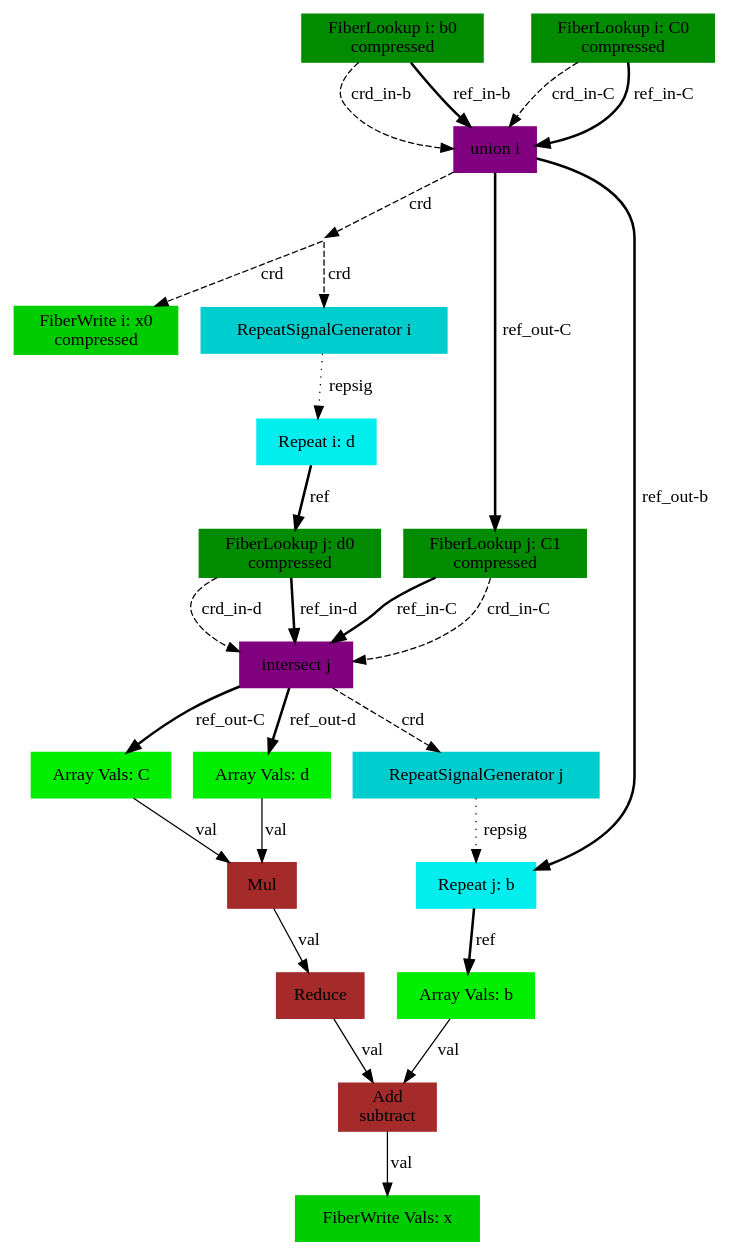
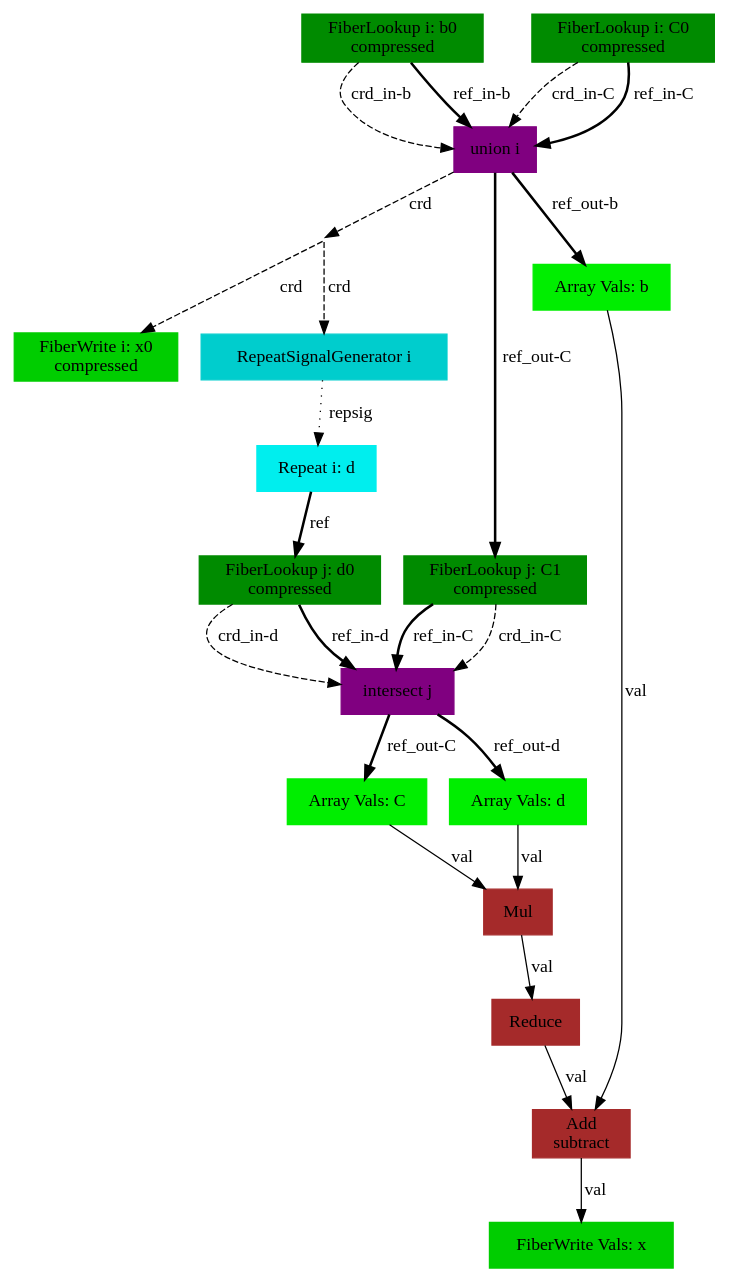
One commit to weiya711/sam changed the diagram in compiler/sam-outputs/dot/mat_residual.gv. Above: the diagram before and after it, drawn with Graphviz.

Commit message:
Add in residual fix for iteration space

```diff
--- a/compiler/sam-outputs/dot/mat_residual.gv
+++ b/compiler/sam-outputs/dot/mat_residual.gv
@@ -1,49 +1,44 @@
 digraph SAM {
     comment="x=s0,b=s0,C=ss01,d=s0"
     17 [comment="type=fiberlookup,index=i,tensor=b,mode=0,format=compressed,src=true,root=true" label="FiberLookup i: b0\ncompressed" color=green4 shape=box style=filled type="fiberlookup" index="i" tensor="b" mode="0" format="compressed" src="true" root="true"]
     16 [comment="type=union,index=i" label="union i" color=purple shape=box style=filled type="union" index="i"]
     15 [comment="type=broadcast" shape=point style=invis type="broadcast"]
     1 [comment="type=fiberwrite,index=i,tensor=x,mode=0,format=compressed,segsize=2,crdsize=b0_dim,sink=true" label="FiberWrite i: x0\ncompressed" color=green3 shape=box style=filled type="fiberwrite" index="i" tensor="x" mode="0" format="compressed" segsize="2" crdsize="b0_dim" sink="true"]
     14 [comment="type=repsiggen,index=i" label="RepeatSignalGenerator i" color=cyan3 shape=box style=filled type="repsiggen" index="i"]
     13 [comment="type=repeat,index=i,tensor=d,root=true" label="Repeat i: d" color=cyan2 shape=box style=filled type="repeat" index="i" tensor="d" root="true"]
     12 [comment="type=fiberlookup,index=j,tensor=d,mode=0,format=compressed,src=true,root=false" label="FiberLookup j: d0\ncompressed" color=green4 shape=box style=filled type="fiberlookup" index="j" tensor="d" mode="0" format="compressed" src="true" root="false"]
     10 [comment="type=intersect,index=j" label="intersect j" color=purple shape=box style=filled type="intersect" index="j"]
-    9 [comment="type=repsiggen,index=j" label="RepeatSignalGenerator j" color=cyan3 shape=box style=filled type="repsiggen" index="j"]
-    8 [comment="type=repeat,index=j,tensor=b,root=false" label="Repeat j: b" color=cyan2 shape=box style=filled type="repeat" index="j" tensor="b" root="false"]
     4 [comment="type=arrayvals,tensor=b" label="Array Vals: b" color=green2 shape=box style=filled type="arrayvals" tensor="b"]
     3 [comment="type=add,sub=1" label="Add
 subtract" color=brown shape=box style=filled type="add" sub="1"]
     2 [comment="type=reduce" label="Reduce" color=brown shape=box style=filled type="reduce"]
     0 [comment="type=fiberwrite,mode=vals,tensor=x,size=1*b0_dim,sink=true" label="FiberWrite Vals: x" color=green3 shape=box style=filled type="fiberwrite" tensor="x" mode="vals" size="1*b0_dim" sink="true"]
     6 [comment="type=arrayvals,tensor=C" label="Array Vals: C" color=green2 shape=box style=filled type="arrayvals" tensor="C"]
     5 [comment="type=mul" label="Mul" color=brown shape=box style=filled type="mul"]
     7 [comment="type=arrayvals,tensor=d" label="Array Vals: d" color=green2 shape=box style=filled type="arrayvals" tensor="d"]
     11 [comment="type=fiberlookup,index=j,tensor=C,mode=1,format=compressed,src=true,root=false" label="FiberLookup j: C1\ncompressed" color=green4 shape=box style=filled type="fiberlookup" index="j" tensor="C" mode="1" format="compressed" src="true" root="false"]
     18 [comment="type=fiberlookup,index=i,tensor=C,mode=0,format=compressed,src=true,root=true" label="FiberLookup i: C0\ncompressed" color=green4 shape=box style=filled type="fiberlookup" index="i" tensor="C" mode="0" format="compressed" src="true" root="true"]
     17 -> 16 [label="crd_in-b" style=dashed type="crd" comment="in-b"]
     16 -> 15 [label="crd" style=dashed type="crd"]
     15 -> 1 [label="crd" style=dashed type="crd"]
     15 -> 14 [label="crd" style=dashed type="crd"]
     14 -> 13 [label="repsig" style=dotted type="repsig"]
     13 -> 12 [label="ref" style=bold type="ref"]
     12 -> 10 [label="crd_in-d" style=dashed type="crd" comment="in-d"]
-    10 -> 9 [label="crd" style=dashed type="crd"]
-    9 -> 8 [label="repsig" style=dotted type="repsig"]
-    8 -> 4 [label="ref" style=bold type="ref"]
     4 -> 3 [label="val" type="val"]
     3 -> 0 [label="val" type="val"]
     2 -> 3 [label="val" type="val"]
     10 -> 6 [label="ref_out-C" style=bold type="ref" comment="out-C"]
     6 -> 5 [label="val" type="val"]
     5 -> 2 [label="val" type="val"]
     10 -> 7 [label="ref_out-d" style=bold type="ref" comment="out-d"]
     7 -> 5 [label="val" type="val"]
     12 -> 10 [label="ref_in-d" style=bold type="ref" comment="in-d"]
-    16 -> 8 [label="ref_out-b" style=bold type="ref" comment="out-b"]
+    16 -> 4 [label="ref_out-b" style=bold type="ref" comment="out-b"]
     16 -> 11 [label="ref_out-C" style=bold type="ref" comment="out-C"]
     11 -> 10 [label="crd_in-C" style=dashed type="crd" comment="in-C"]
     11 -> 10 [label="ref_in-C" style=bold type="ref" comment="in-C"]
     17 -> 16 [label="ref_in-b" style=bold type="ref" comment="in-b"]
     18 -> 16 [label="crd_in-C" style=dashed type="crd" comment="in-C"]
     18 -> 16 [label="ref_in-C" style=bold type="ref" comment="in-C"]
 }
```
